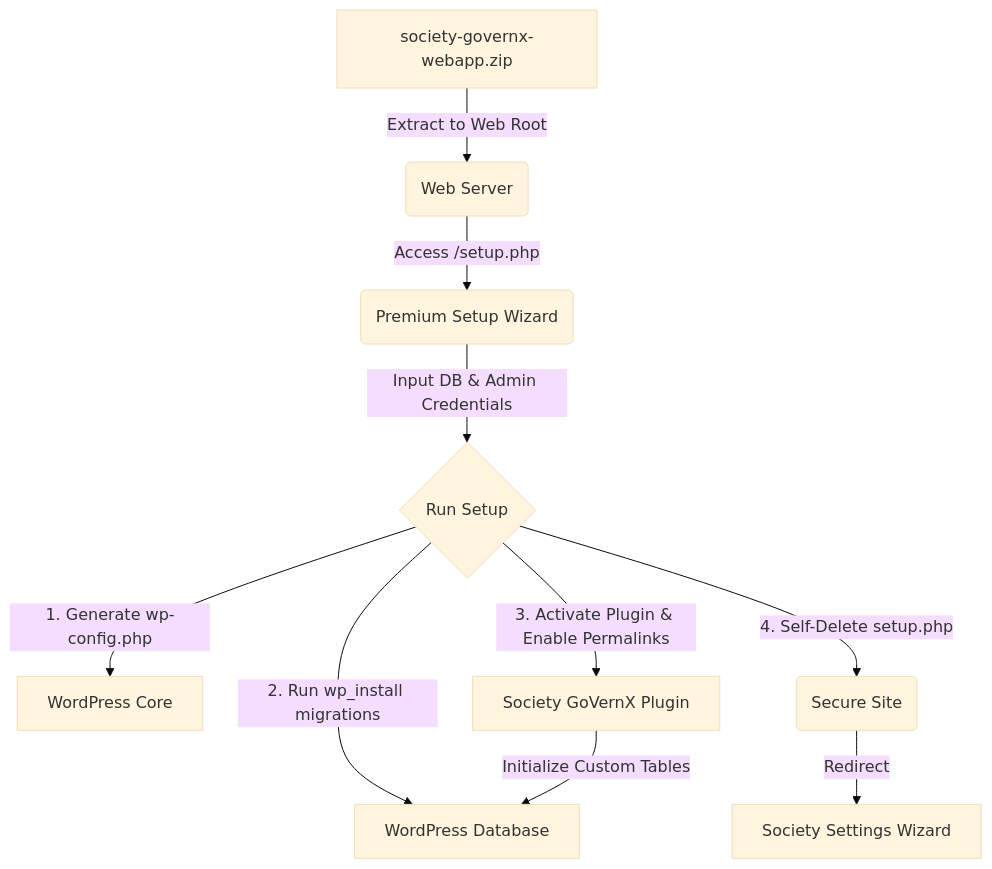
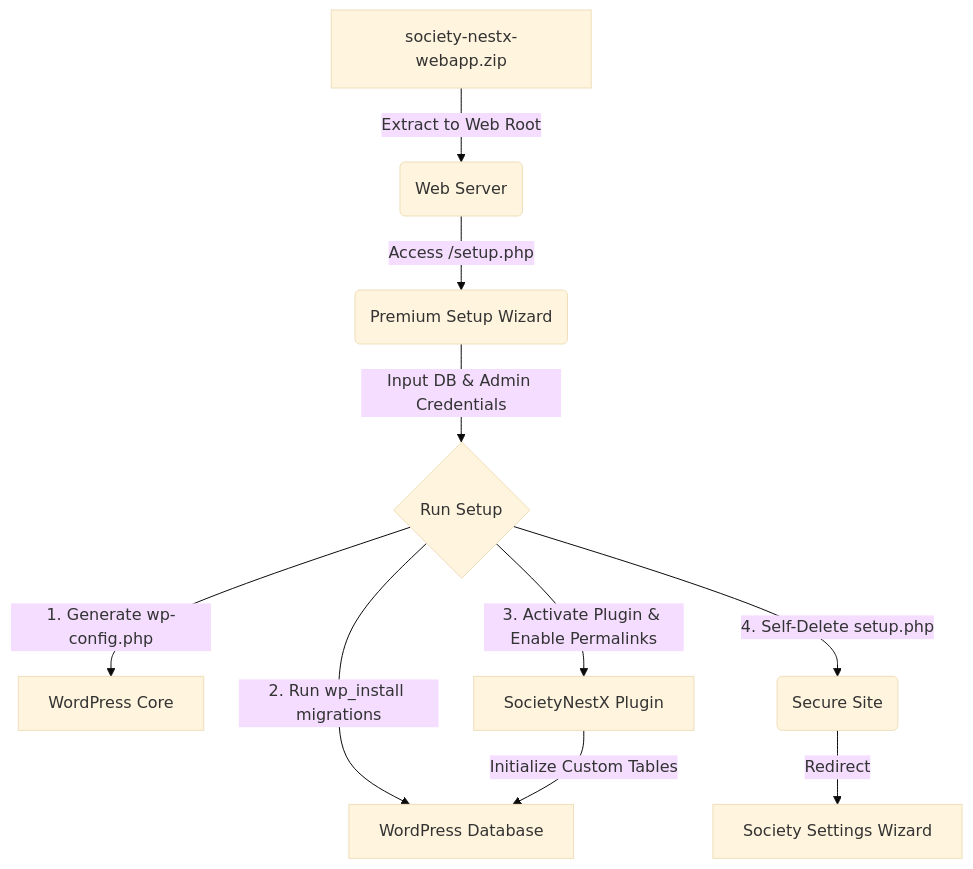
The diagram in README.md (vishwas-r/Society-HubX), drawn with Mermaid (base theme) before and after one commit. The commit also changed other lines of this file and 4 other files, not shown here.

````diff
--- a/README.md
+++ b/README.md
@@ -17,12 +17,12 @@
 ```mermaid
 graph TD
-    A[society-governx-webapp.zip] -->|Extract to Web Root| B(Web Server)
+    A[society-nestx-webapp.zip] -->|Extract to Web Root| B(Web Server)
     B -->|Access /setup.php| C(Premium Setup Wizard)
     C -->|Input DB & Admin Credentials| D{Run Setup}
     D -->|1. Generate wp-config.php| E[WordPress Core]
     D -->|2. Run wp_install migrations| F[WordPress Database]
-    D -->|3. Activate Plugin & Enable Permalinks| G[Society GoVernX Plugin]
+    D -->|3. Activate Plugin & Enable Permalinks| G[SocietyNestX Plugin]
     G -->|Initialize Custom Tables| F
     D -->|4. Self-Delete setup.php| H(Secure Site)
     H -->|Redirect| I[Society Settings Wizard]
 ```
````
